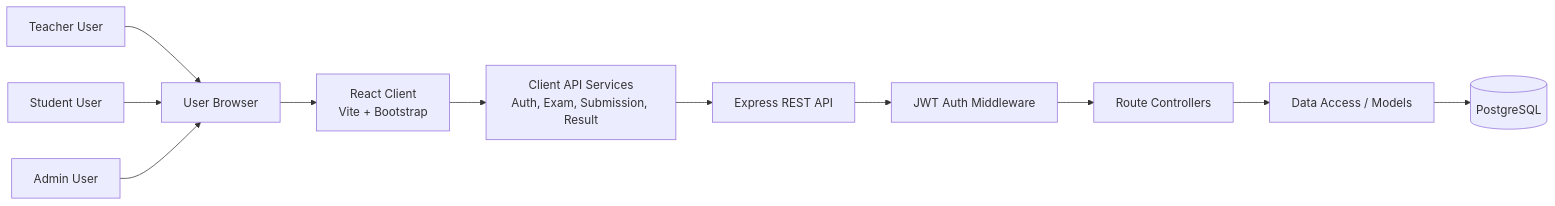
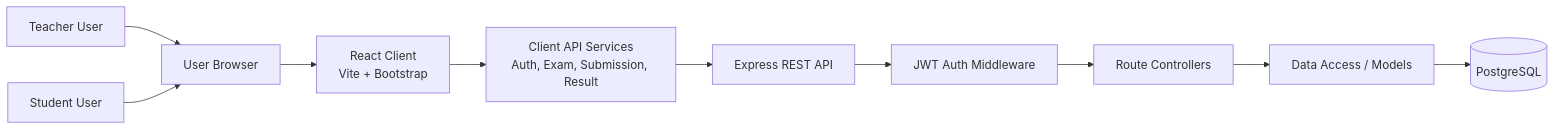
One commit to mongd-amasha/FullStack_React changed the first of 2 diagrams in docs/final-submission/system-architecture.md. Above: the diagram before and after it, drawn with Mermaid. The commit also changed other lines of this file and 29 other files, not shown here.

````diff
--- a/docs/final-submission/system-architecture.md
+++ b/docs/final-submission/system-architecture.md
@@ -13,14 +13,13 @@
 ```mermaid
 flowchart LR
     Browser[User Browser] --> Client[React Client<br/>Vite + Bootstrap]
     Client --> Services[Client API Services<br/>Auth, Exam, Submission, Result]
     Services --> API[Express REST API]
     API --> Auth[JWT Auth Middleware]
     Auth --> Controllers[Route Controllers]
     Controllers --> Models[Data Access / Models]
     Models --> DB[(PostgreSQL)]
 
     Teacher[Teacher User] --> Browser
     Student[Student User] --> Browser
-    Admin[Admin User] --> Browser
 ```
````
